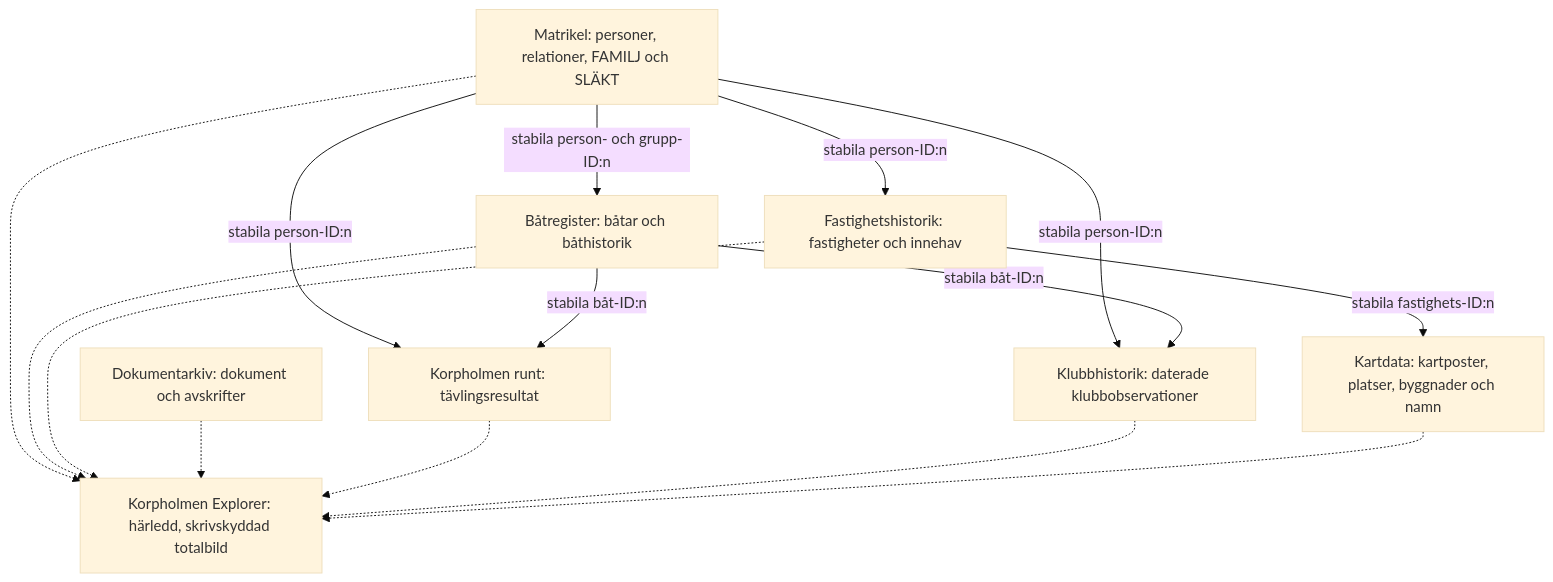
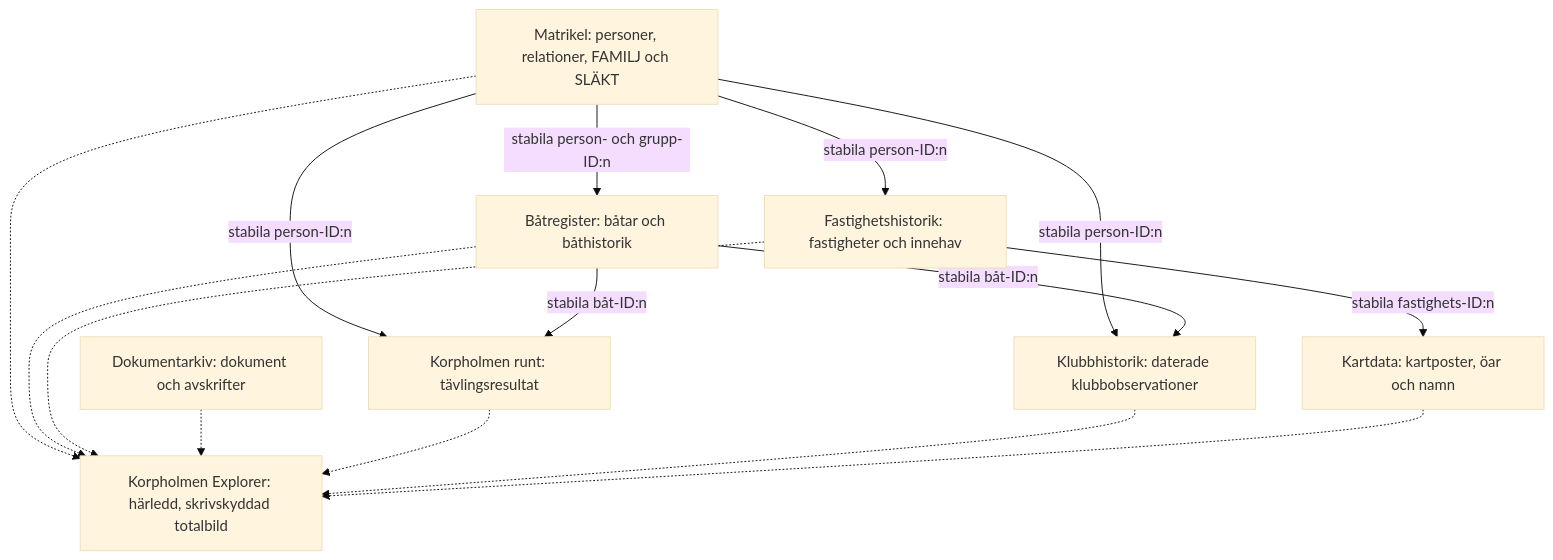
Before and after one commit to simonsvahn/korpholmen: the second of 5 diagrams in ARKITEKTUR.md, drawn with Mermaid (base theme). The commit also changed other lines of this file and 19 other files, not shown here.

Commit message:
Förenkla Kartdata och fastighetsval

````diff
--- a/ARKITEKTUR.md
+++ b/ARKITEKTUR.md
@@ -55,26 +55,26 @@
 ```mermaid
 flowchart TB
     MA["Matrikel: personer, relationer, FAMILJ och SLÄKT"]
     BA["Båtregister: båtar och båthistorik"]
     FA["Fastighetshistorik: fastigheter och innehav"]
     AR["Dokumentarkiv: dokument och avskrifter"]
     KR["Korpholmen runt: tävlingsresultat"]
     KH["Klubbhistorik: daterade klubbobservationer"]
-    KD["Kartdata: kartposter, platser, byggnader och namn"]
+    KD["Kartdata: kartposter, öar och namn"]
     EX["Korpholmen Explorer: härledd, skrivskyddad totalbild"]
 
     MA -->|"stabila person- och grupp-ID:n"| BA
     MA -->|"stabila person-ID:n"| FA
     MA -->|"stabila person-ID:n"| KR
     MA -->|"stabila person-ID:n"| KH
     BA -->|"stabila båt-ID:n"| KR
     BA -->|"stabila båt-ID:n"| KH
     FA -->|"stabila fastighets-ID:n"| KD
     MA -.-> EX
     BA -.-> EX
     FA -.-> EX
     AR -.-> EX
     KR -.-> EX
     KH -.-> EX
     KD -.-> EX
 ```
````
